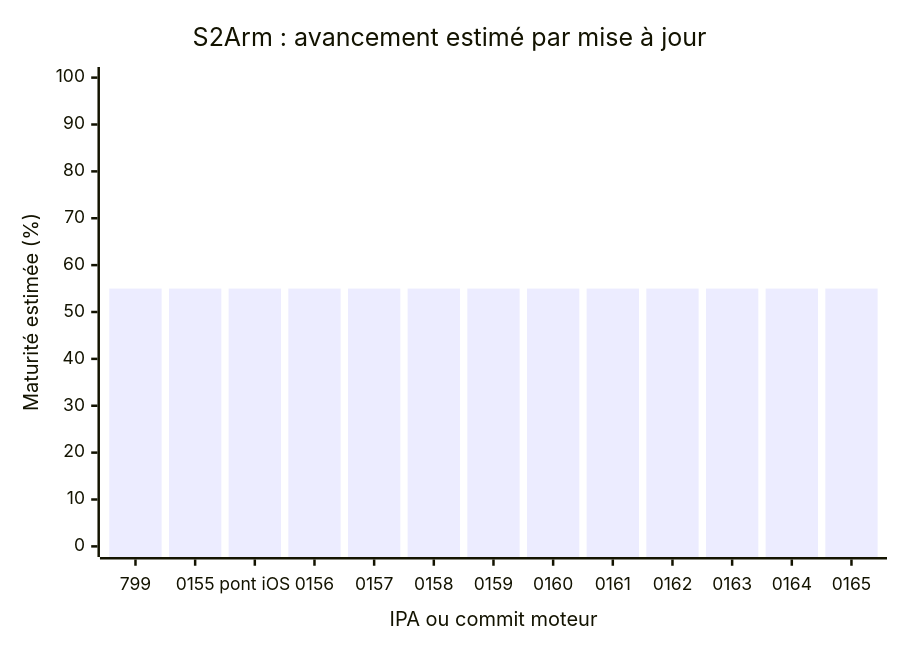
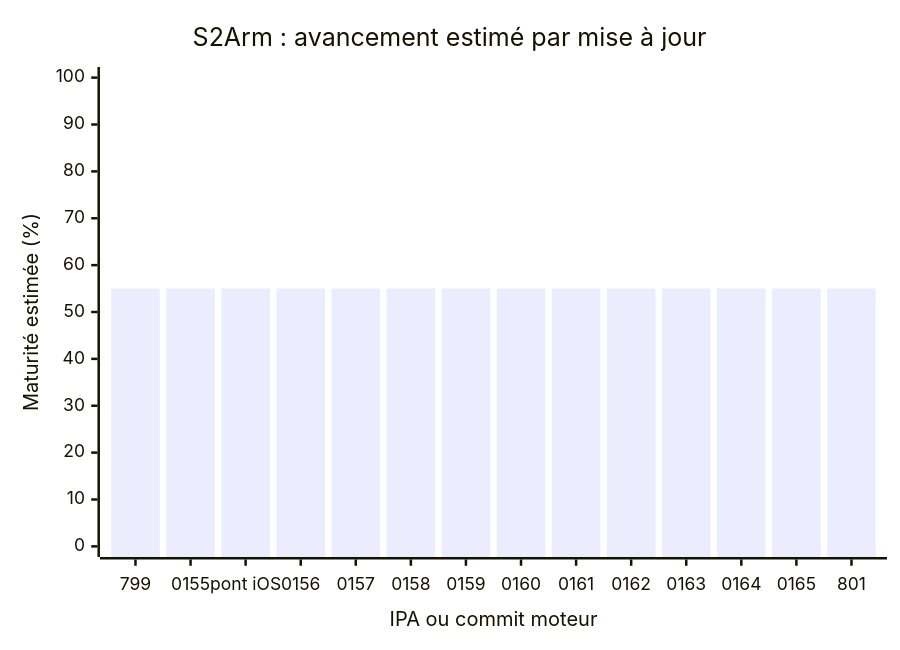
One commit to TarbleFR/RewindBox changed the diagram in docs/AI_TASK_BOARD.md. Above: the diagram before and after it, drawn with Mermaid. The commit also changed other lines of this file and 15 other files, not shown here.

````diff
--- a/docs/AI_TASK_BOARD.md
+++ b/docs/AI_TASK_BOARD.md
@@ -23,7 +22,7 @@
 ```mermaid
 xychart-beta
     title "S2Arm : avancement estimé par mise à jour"
-    x-axis "IPA ou commit moteur" ["799", "0155", "pont iOS", "0156", "0157", "0158", "0159", "0160", "0161", "0162", "0163", "0164", "0165"]
+    x-axis "IPA ou commit moteur" ["799", "0155", "pont iOS", "0156", "0157", "0158", "0159", "0160", "0161", "0162", "0163", "0164", "0165", "801"]
     y-axis "Maturité estimée (%)" 0 --> 100
-    bar [55, 55, 55, 55, 55, 55, 55, 55, 55, 55, 55, 55, 55]
+    bar [55, 55, 55, 55, 55, 55, 55, 55, 55, 55, 55, 55, 55, 55]
 ```
````
